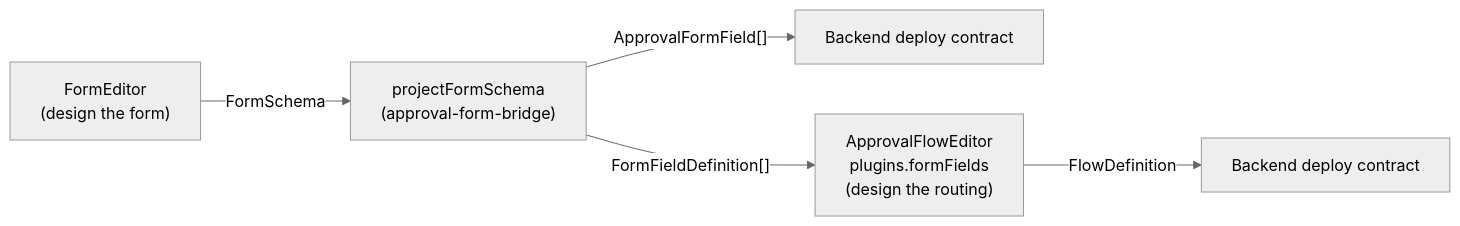
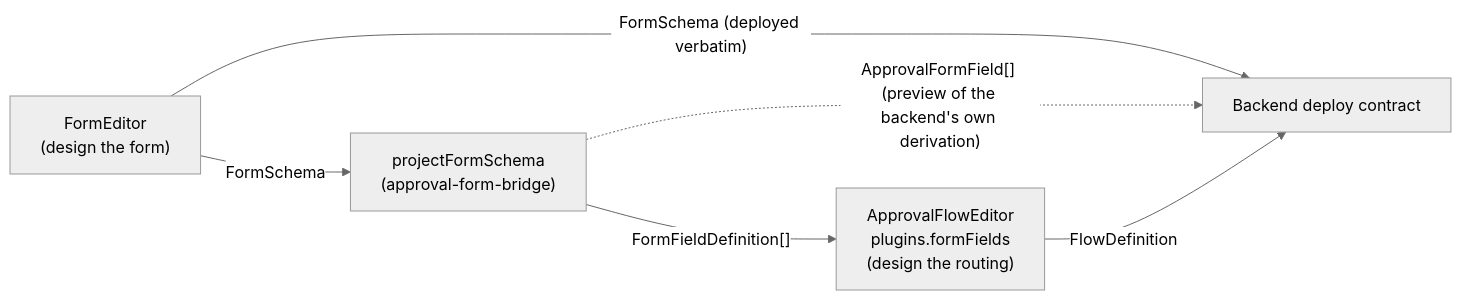
One commit to coldsmirk/vef-framework-react-docs changed the diagram in docs/editors/overview.md. Above: the diagram before and after it, drawn with Mermaid (neutral theme). The commit also changed other lines of this file and 181 other files, not shown here.

````diff
--- a/docs/editors/overview.md
+++ b/docs/editors/overview.md
@@ -20,7 +20,8 @@
 ```mermaid
 flowchart LR
-    A["FormEditor\n(design the form)"] -->|FormSchema| B["projectFormSchema\n(approval-form-bridge)"]
-    B -->|"ApprovalFormField[]"| C["Backend deploy contract"]
+    A["FormEditor\n(design the form)"] -->|"FormSchema"| B["projectFormSchema\n(approval-form-bridge)"]
+    A -->|"FormSchema (deployed verbatim)"| E["Backend deploy contract"]
     B -->|"FormFieldDefinition[]"| D["ApprovalFlowEditor\nplugins.formFields\n(design the routing)"]
-    D -->|FlowDefinition| E["Backend deploy contract"]
+    B -.->|"ApprovalFormField[] (preview of the backend's own derivation)"| E
+    D -->|"FlowDefinition"| E
 ```
````
